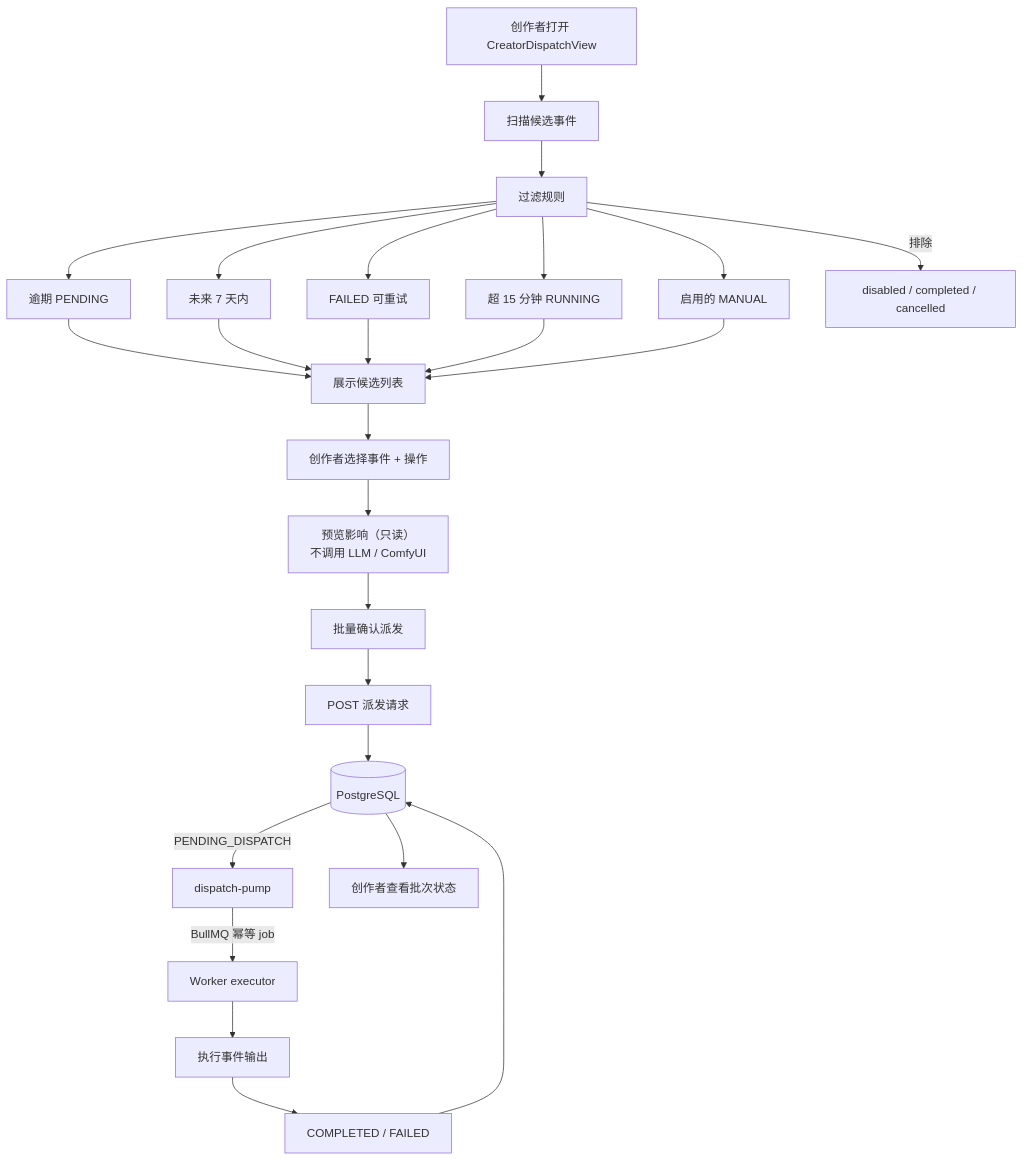
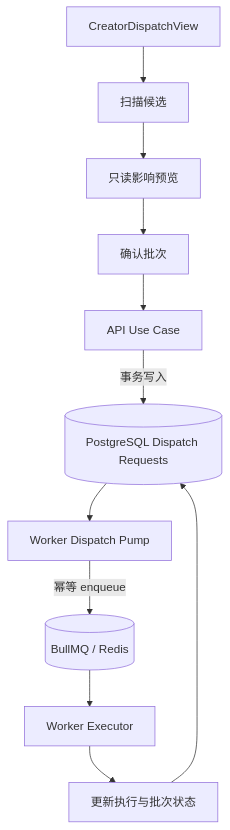
One commit to lark-x/GameStart changed the fourth of 6 diagrams in docs/user-flows.md. Above: the diagram before and after it, drawn with Mermaid. The commit also changed other lines of this file and 68 other files, not shown here.

Commit message:
docs: establish architecture governance

````diff
--- a/docs/user-flows.md
+++ b/docs/user-flows.md
@@ -131,27 +82,13 @@
 ```mermaid
 flowchart TD
-    Creator["创作者打开 CreatorDispatchView"] --> Scan["扫描候选事件"]
-
-    Scan --> Filter["过滤规则"]
-    Filter --> A["逾期 PENDING"]
-    Filter --> B["未来 7 天内"]
-    Filter --> C["FAILED 可重试"]
-    Filter --> D["超 15 分钟 RUNNING"]
-    Filter --> E["启用的 MANUAL"]
-    Filter -->|"排除"| X["disabled / completed / cancelled"]
-
-    A & B & C & D & E --> List["展示候选列表"]
-
-    List --> Select["创作者选择事件 + 操作"]
-    Select --> Preview["预览影响（只读）\n不调用 LLM / ComfyUI"]
-    Preview --> Confirm["批量确认派发"]
-
-    Confirm --> API["POST 派发请求"]
-    API --> DB[(PostgreSQL)]
-    DB -->|"PENDING_DISPATCH"| Pump["dispatch-pump"]
-    Pump -->|"BullMQ 幂等 job"| Worker["Worker executor"]
-    Worker --> Execute["执行事件输出"]
-    Execute --> Result["COMPLETED / FAILED"]
-    Result --> DB
-    DB --> Status["创作者查看批次状态"]
+    Creator["CreatorDispatchView"] --> Scan["扫描候选"]
+    Scan --> Preview["只读影响预览"]
+    Preview --> Confirm["确认批次"]
+    Confirm --> API["API Use Case"]
+    API -->|"事务写入"| Requests[(PostgreSQL Dispatch Requests)]
+    Requests --> Pump["Worker Dispatch Pump"]
+    Pump -->|"幂等 enqueue"| Redis[(BullMQ / Redis)]
+    Redis --> Executor["Worker Executor"]
+    Executor --> Result["更新执行与批次状态"]
+    Result --> Requests
 ```
````
